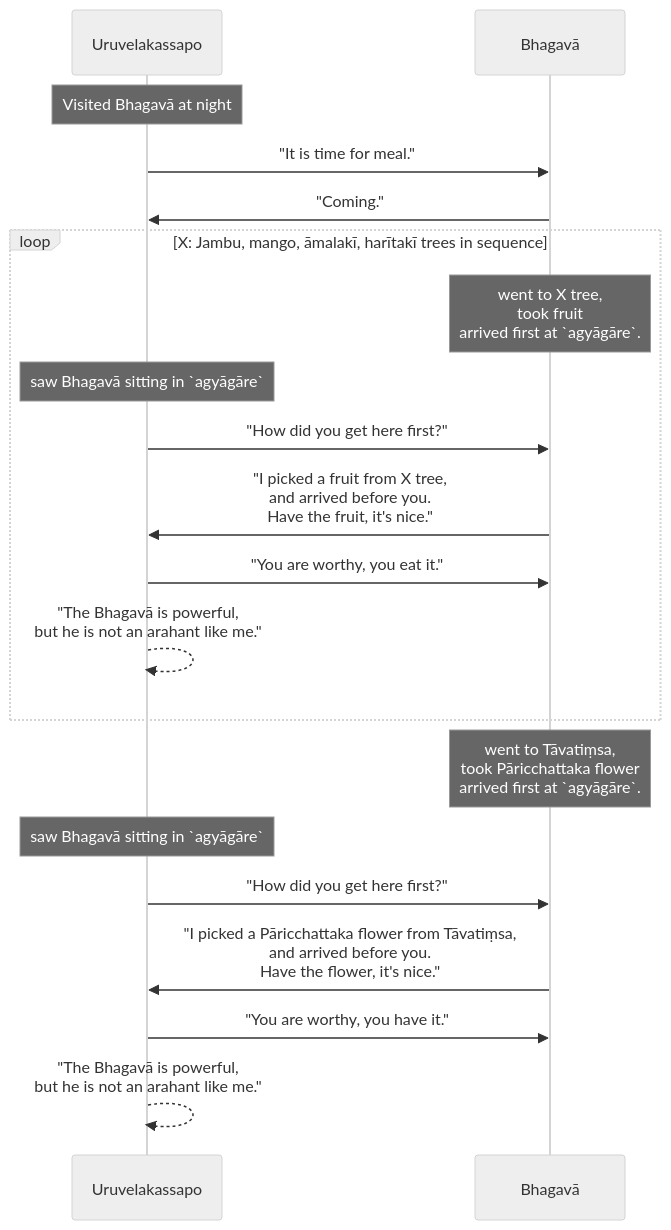
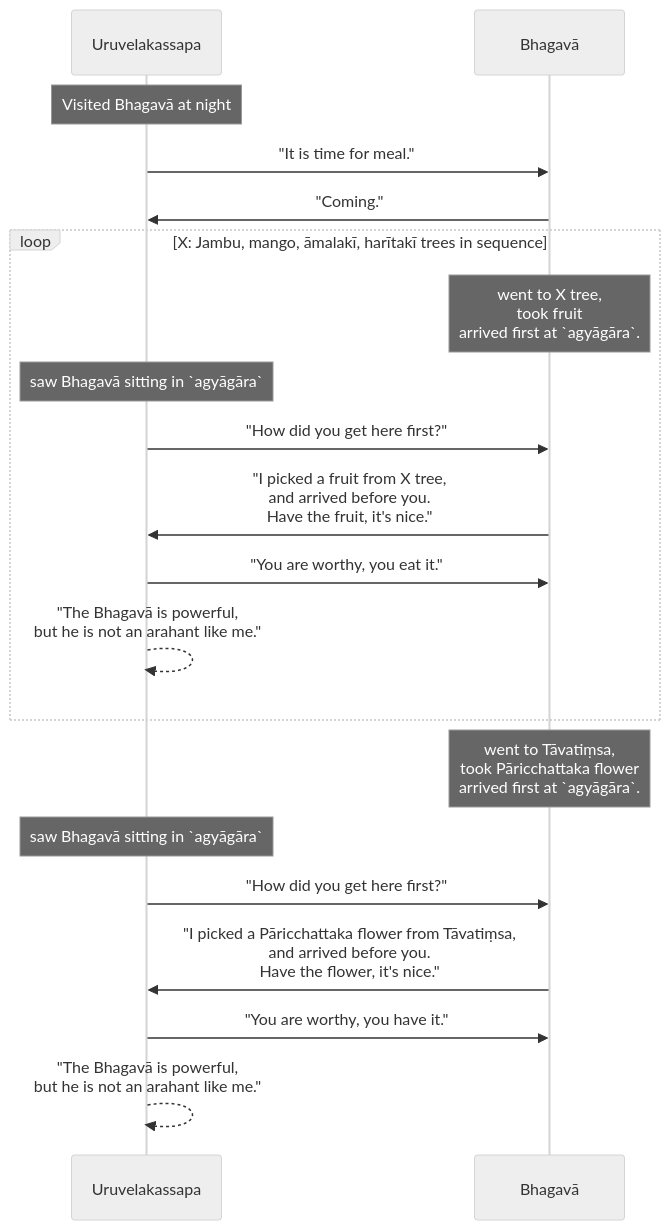
One commit to tidipa/tidipa.github.io changed the eighth of 16 diagrams in src/content/docs/khandhaka/1-12.mdx. Above: the diagram before and after it, drawn with Mermaid (neutral theme). The commit also changed other lines of this file and 48 other files, not shown here.

````diff
--- a/src/content/docs/khandhaka/1-12.mdx
+++ b/src/content/docs/khandhaka/1-12.mdx
@@ -158,22 +158,22 @@
 ```mermaid
 sequenceDiagram
-	participant A1 as Uruvelakassapo
+	participant A1 as Uruvelakassapa
 	participant B as Bhagavā
 	note over A1: Visited Bhagavā at night
 	A1->>B: "It is time for meal."
 	B->>A1: "Coming."
 	loop X: Jambu, mango, āmalakī, harītakī trees in sequence
-		note over B: went to X tree,<br>took fruit<br>arrived first at `agyāgāre`.
-		note over A1: saw Bhagavā sitting in `agyāgāre`
+		note over B: went to X tree,<br>took fruit<br>arrived first at `agyāgāra`.
+		note over A1: saw Bhagavā sitting in `agyāgāra`
 		A1->>B: "How did you get here first?"
 		B->>A1: "I picked a fruit from X tree,<br>and arrived before you.<br>Have the fruit, it's nice."
 		A1->>B: "You are worthy, you eat it."
 		A1-->>A1: "The Bhagavā is powerful, <br>but he is not an arahant like me."
 	end
-	note over B: went to Tāvatiṃsa,<br>took Pāricchattaka flower<br>arrived first at `agyāgāre`.
-	note over A1: saw Bhagavā sitting in `agyāgāre`
+	note over B: went to Tāvatiṃsa,<br>took Pāricchattaka flower<br>arrived first at `agyāgāra`.
+	note over A1: saw Bhagavā sitting in `agyāgāra`
 	A1->>B: "How did you get here first?"
 	B->>A1: "I picked a Pāricchattaka flower from Tāvatiṃsa,<br>and arrived before you.<br>Have the flower, it's nice."
 	A1->>B: "You are worthy, you have it."
 	A1-->>A1: "The Bhagavā is powerful, <br>but he is not an arahant like me."
 ```
````
